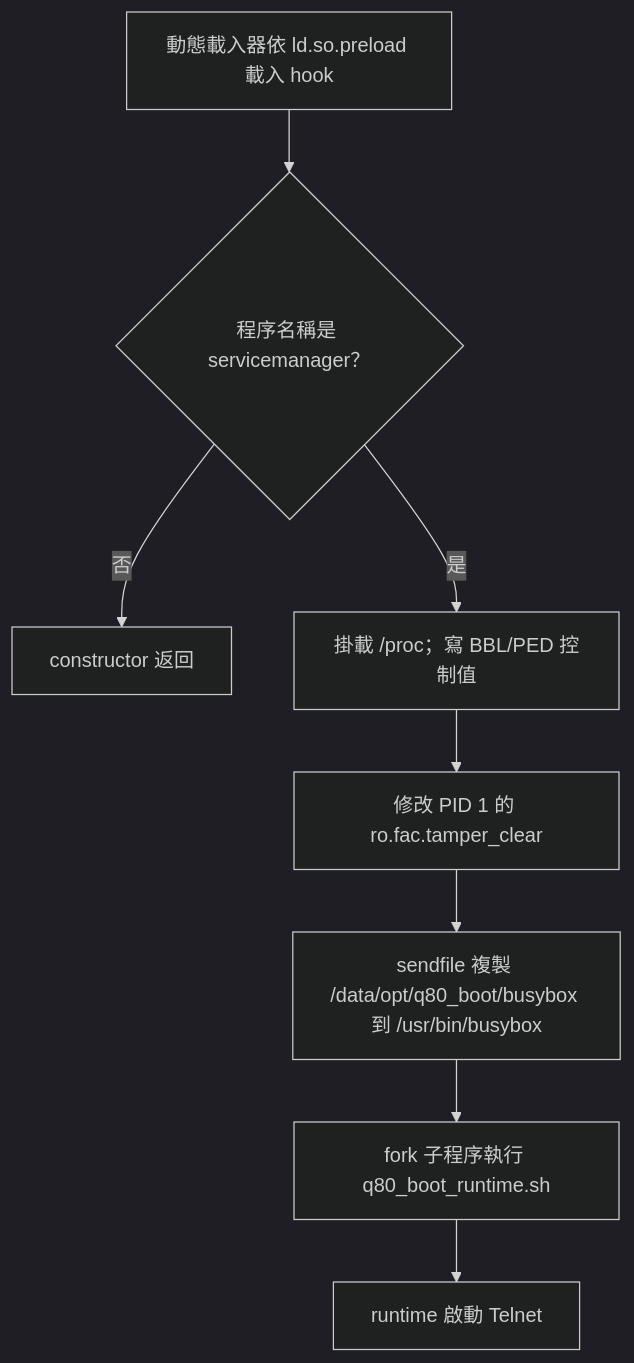
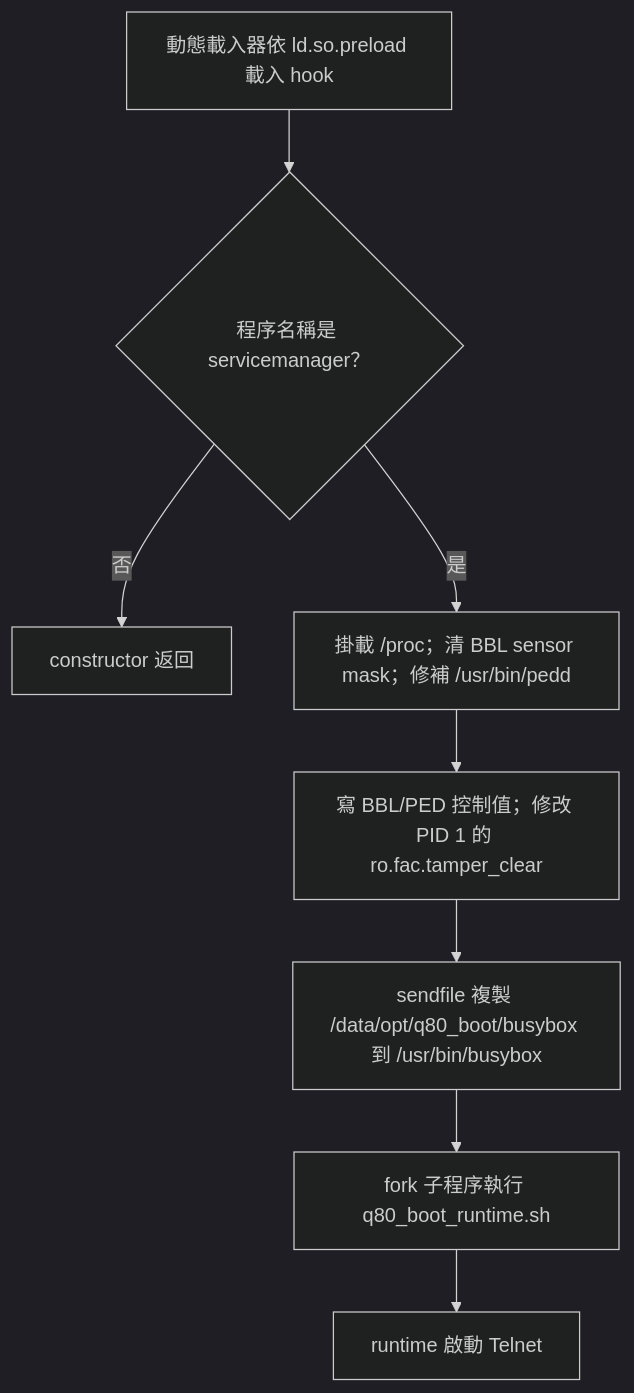
The ninth of 9 diagrams in docs/technical-flows.md (zhao-rui-NB/pax-q80-hackkit), drawn with Mermaid (dark theme) before and after one commit. The commit also changed other lines of this file and 5 other files, not shown here.

````diff
--- a/docs/technical-flows.md
+++ b/docs/technical-flows.md
@@ -195,10 +208,10 @@
 ```mermaid
 flowchart TD
     L["動態載入器依 ld.so.preload 載入 hook"] --> C{"程序名稱是 servicemanager？"}
     C -- 否 --> N["constructor 返回"]
-    C -- 是 --> M["掛載 /proc；寫 BBL/PED 控制值"]
-    M --> P["修改 PID 1 的 ro.fac.tamper_clear"]
+    C -- 是 --> M["掛載 /proc；清 BBL sensor mask；修補 /usr/bin/pedd"]
+    M --> P["寫 BBL/PED 控制值；修改 PID 1 的 ro.fac.tamper_clear"]
     P --> B["sendfile 複製 /data/opt/q80_boot/busybox 到 /usr/bin/busybox"]
     B --> F["fork 子程序執行 q80_boot_runtime.sh"]
     F --> T["runtime 啟動 Telnet"]
 ```
````
